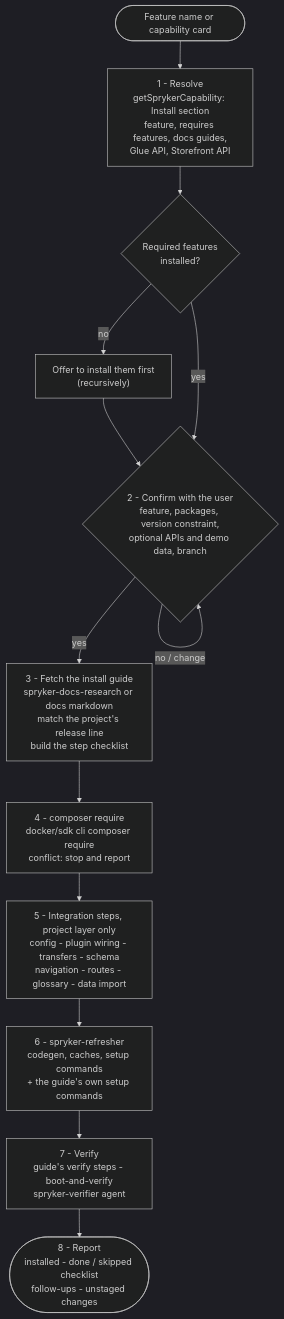
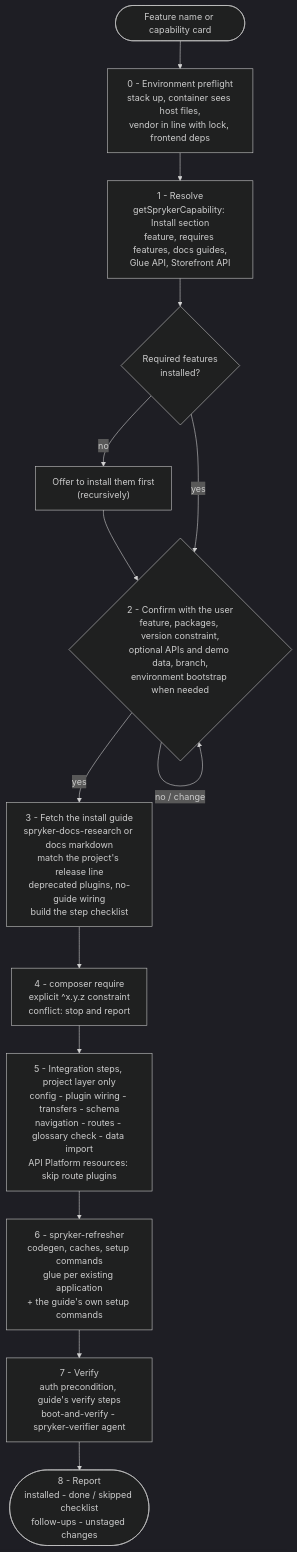
Before and after one commit to spryker-sdk/ai-dev: the diagram in plugins/spryker-ai-dev-sdk/skills/spryker-feature-install/README.md, drawn with Mermaid (dark theme). The commit also changed other lines of this file and 14 other files, not shown here.

First line of the commit message:
Applied wishlist install trial findings to install, refresh, scan and verify skills

````diff
--- a/plugins/spryker-ai-dev-sdk/skills/spryker-feature-install/README.md
+++ b/plugins/spryker-ai-dev-sdk/skills/spryker-feature-install/README.md
@@ -13,15 +13,15 @@
 ```mermaid
 flowchart TD
-    A([Feature name or capability card]) --> B["1 - Resolve<br/>getSprykerCapability: Install section<br/>feature, requires features, docs guides,<br/>Glue API, Storefront API"]
+    A([Feature name or capability card]) --> P0["0 - Environment preflight<br/>stack up, container sees host files,<br/>vendor in line with lock, frontend deps"] --> B["1 - Resolve<br/>getSprykerCapability: Install section<br/>feature, requires features, docs guides,<br/>Glue API, Storefront API"]
     B --> RQ{"Required features<br/>installed?"}
     RQ -- "no" --> RQ1["Offer to install them first<br/>(recursively)"] --> C
     RQ -- "yes" --> C
-    C{"2 - Confirm with the user<br/>feature, packages, version constraint,<br/>optional APIs and demo data, branch"}
+    C{"2 - Confirm with the user<br/>feature, packages, version constraint,<br/>optional APIs and demo data, branch,<br/>environment bootstrap when needed"}
     C -- "no / change" --> C
-    C -- "yes" --> D["3 - Fetch the install guide<br/>spryker-docs-research or docs markdown<br/>match the project's release line<br/>build the step checklist"]
-    D --> E["4 - composer require<br/>docker/sdk cli composer require<br/>conflict: stop and report"]
-    E --> F["5 - Integration steps, project layer only<br/>config - plugin wiring - transfers - schema<br/>navigation - routes - glossary - data import"]
-    F --> G["6 - spryker-refresher<br/>codegen, caches, setup commands<br/>+ the guide's own setup commands"]
-    G --> H["7 - Verify<br/>guide's verify steps - boot-and-verify<br/>spryker-verifier agent"]
+    C -- "yes" --> D["3 - Fetch the install guide<br/>spryker-docs-research or docs markdown<br/>match the project's release line<br/>deprecated plugins, no-guide wiring<br/>build the step checklist"]
+    D --> E["4 - composer require<br/>explicit ^x.y.z constraint<br/>conflict: stop and report"]
+    E --> F["5 - Integration steps, project layer only<br/>config - plugin wiring - transfers - schema<br/>navigation - routes - glossary check - data import<br/>API Platform resources: skip route plugins"]
+    F --> G["6 - spryker-refresher<br/>codegen, caches, setup commands<br/>glue per existing application<br/>+ the guide's own setup commands"]
+    G --> H["7 - Verify<br/>auth precondition, guide's verify steps<br/>boot-and-verify - spryker-verifier agent"]
     H --> R(["8 - Report<br/>installed - done / skipped checklist<br/>follow-ups - unstaged changes"])
 ```
````
